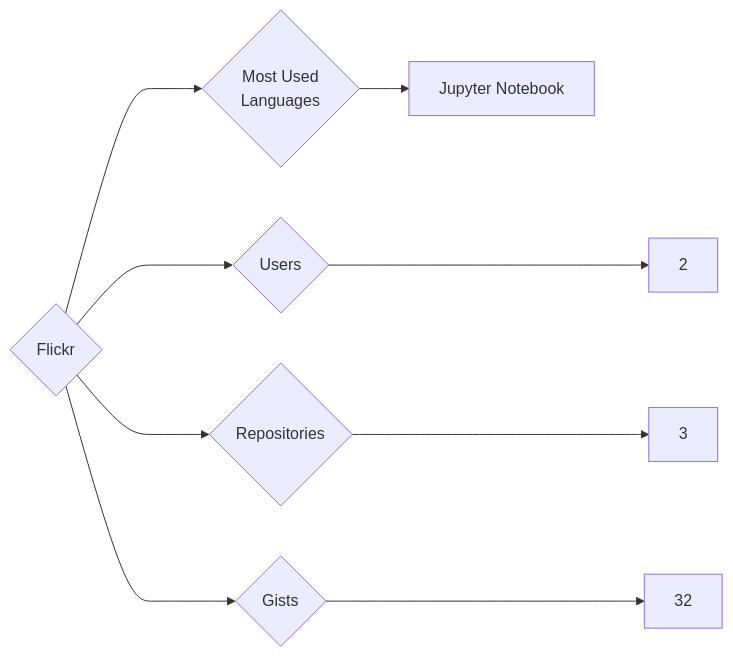
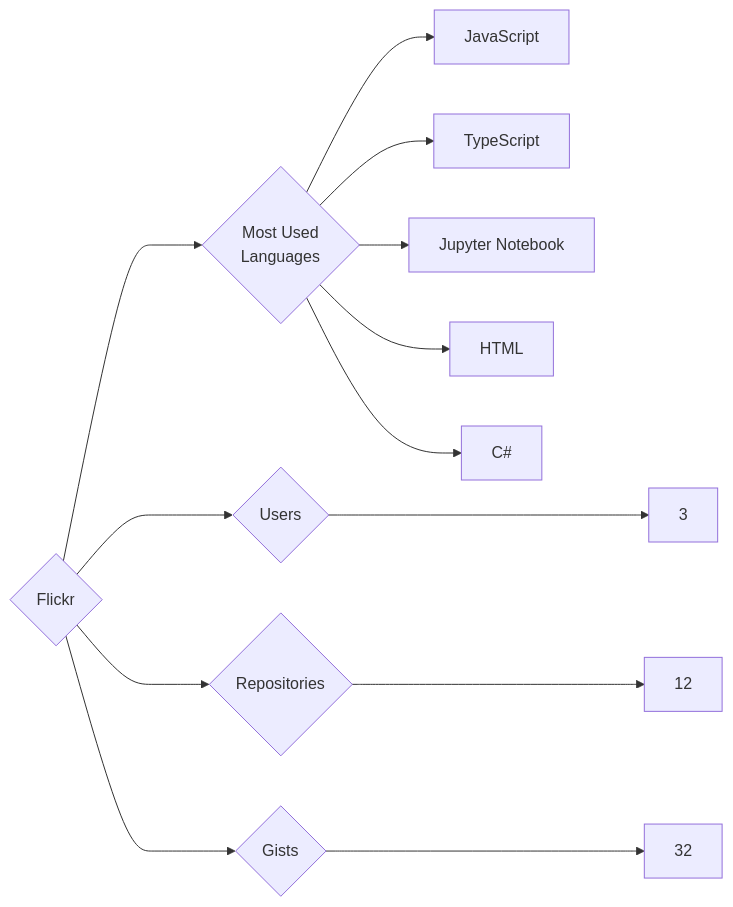
One commit to trickest/insiders changed the diagram in targets/Flickr/README.md. Above: the diagram before and after it, drawn with Mermaid. The commit also changed 873 other files, not shown here.

````diff
--- a/targets/Flickr/README.md
+++ b/targets/Flickr/README.md
@@ -3,9 +3,13 @@
 ```mermaid
 graph LR
 COMPANY_NAME{Flickr}
-COMPANY_NAME ---> U{Users} ---> UN[2]
-COMPANY_NAME ---> R{Repositories} ---> RN[3]
+COMPANY_NAME ---> U{Users} ---> UN[3]
+COMPANY_NAME ---> R{Repositories} ---> RN[12]
 COMPANY_NAME ---> G{Gists} ---> GN[32]
 COMPANY_NAME ---> ML{Most Used<br>Languages}
+ML --> JavaScript[JavaScript]
+ML --> TypeScript[TypeScript]
 ML --> Jupyter_Notebook[Jupyter Notebook]
+ML --> HTML[HTML]
+ML --> C#[C#]
 ```
````
